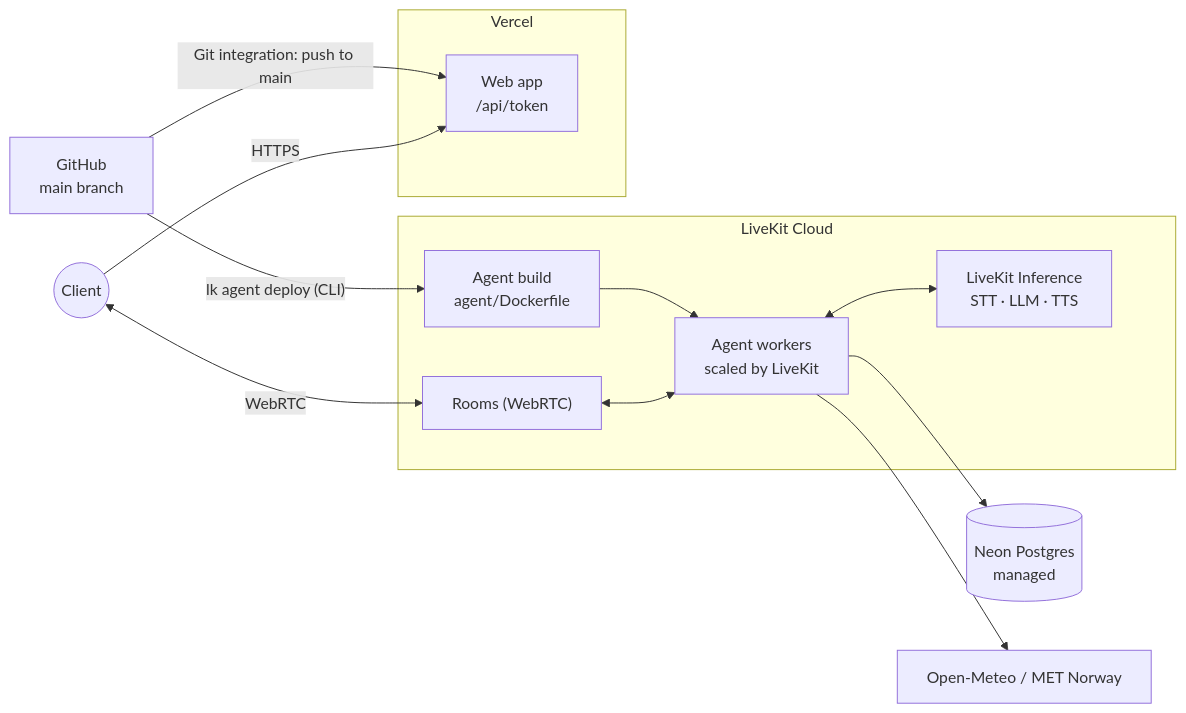
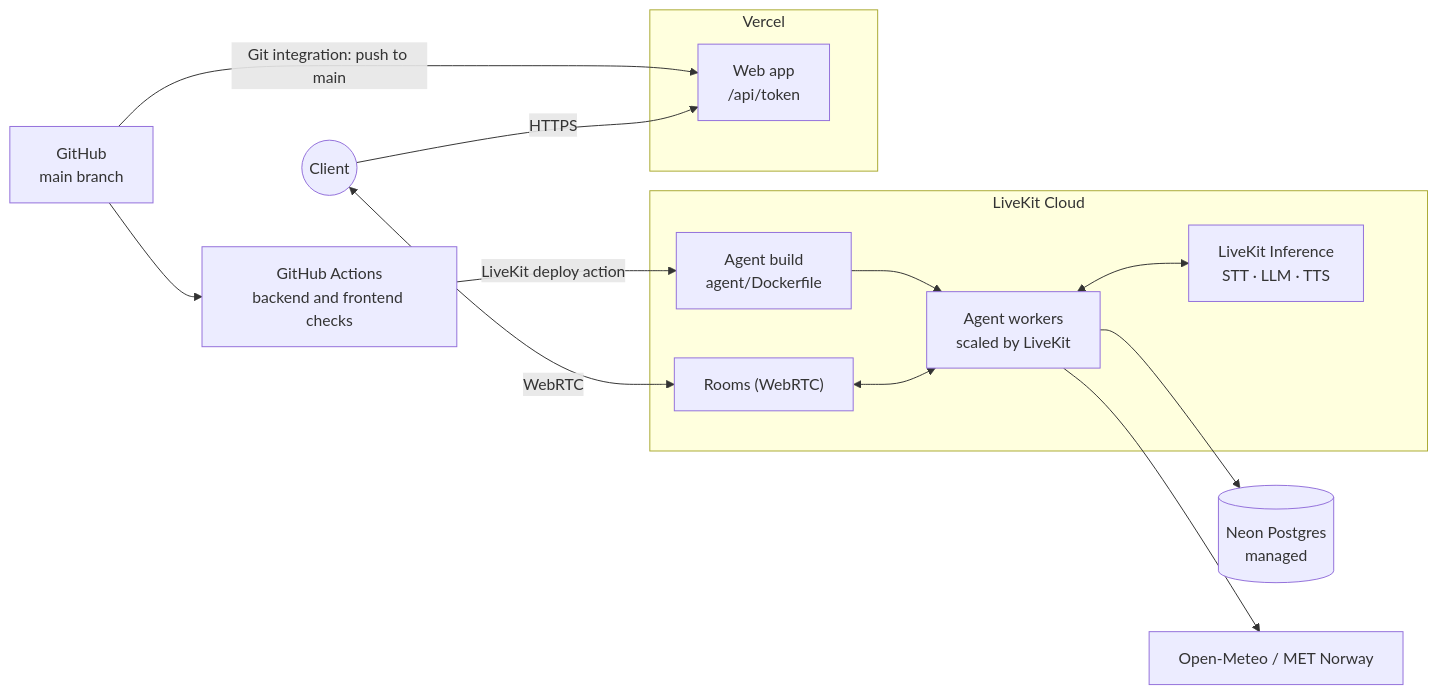
The first of 3 diagrams in README.md (sarahdoi/ai-voice-assistant), drawn with Mermaid before and after one commit. The commit also changed 3 other files, not shown here.

````diff
--- a/README.md
+++ b/README.md
@@ -10,29 +10,30 @@
 ```mermaid
 flowchart LR
     GH["GitHub<br/>main branch"]
     Client(("Client"))
 
     subgraph LKC["LiveKit Cloud"]
         Build["Agent build<br/>agent/Dockerfile"]
         Rooms["Rooms (WebRTC)"]
         Workers["Agent workers<br/>scaled by LiveKit"]
         Inference["LiveKit Inference<br/>STT · LLM · TTS"]
     end
 
     subgraph Vercel
         Web["Web app<br/>/api/token"]
     end
 
     Neon[("Neon Postgres<br/>managed")]
     Weather["Open-Meteo / MET Norway"]
 
-    GH -- "lk agent deploy (CLI)" --> Build
+    GH --> Checks["GitHub Actions<br/>backend and frontend checks"]
+    Checks -- "LiveKit deploy action" --> Build
     GH -- "Git integration: push to main" --> Web
     Client <-- "WebRTC" --> Rooms
     Client -- "HTTPS" --> Web
     Build --> Workers
     Rooms <--> Workers
     Workers <--> Inference
     Workers --> Neon
     Workers --> Weather
 ```
````
